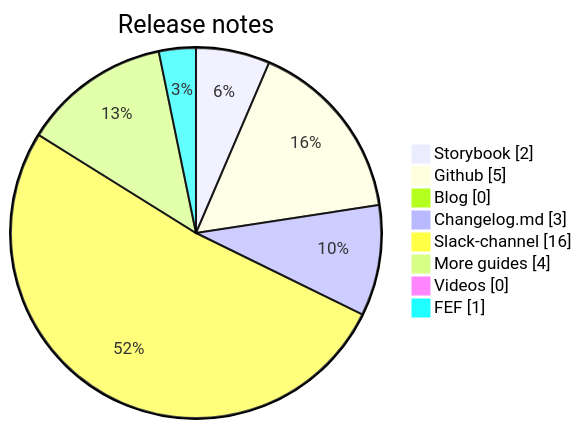
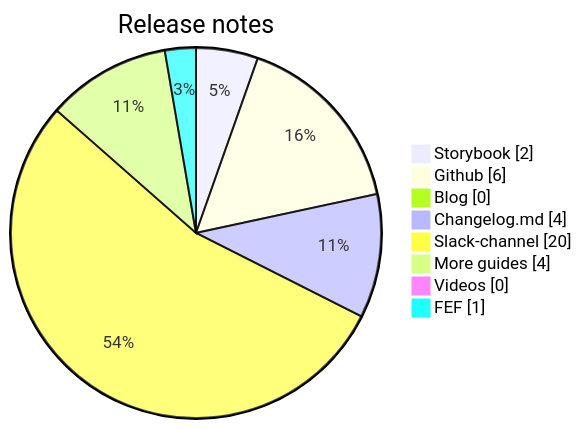
The second of 2 diagrams in slides.md (Bellfalasch/frontend-forum), drawn with Mermaid before and after one commit. The commit also changed other lines of this file and 1 other file, not shown here.

````diff
--- a/slides.md
+++ b/slides.md
@@ -140,11 +162,11 @@
 ```mermaid
 pie showData title Release notes
     "Storybook" : 2
-    "Github" : 5
+    "Github" : 6
     "Blog" : 0
-    "Changelog.md" : 3
-    "Slack-channel" : 16
+    "Changelog.md" : 4
+    "Slack-channel" : 20
     "More guides" : 4
     "Videos" : 0
     "FEF" : 1
 ```
````
